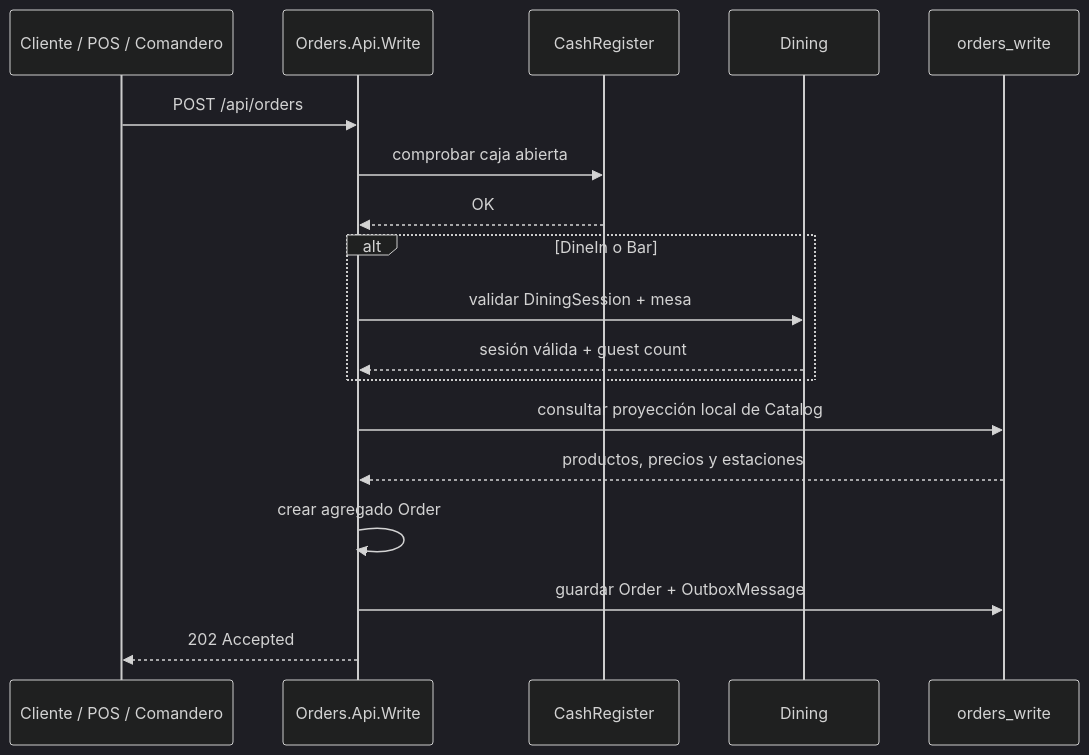
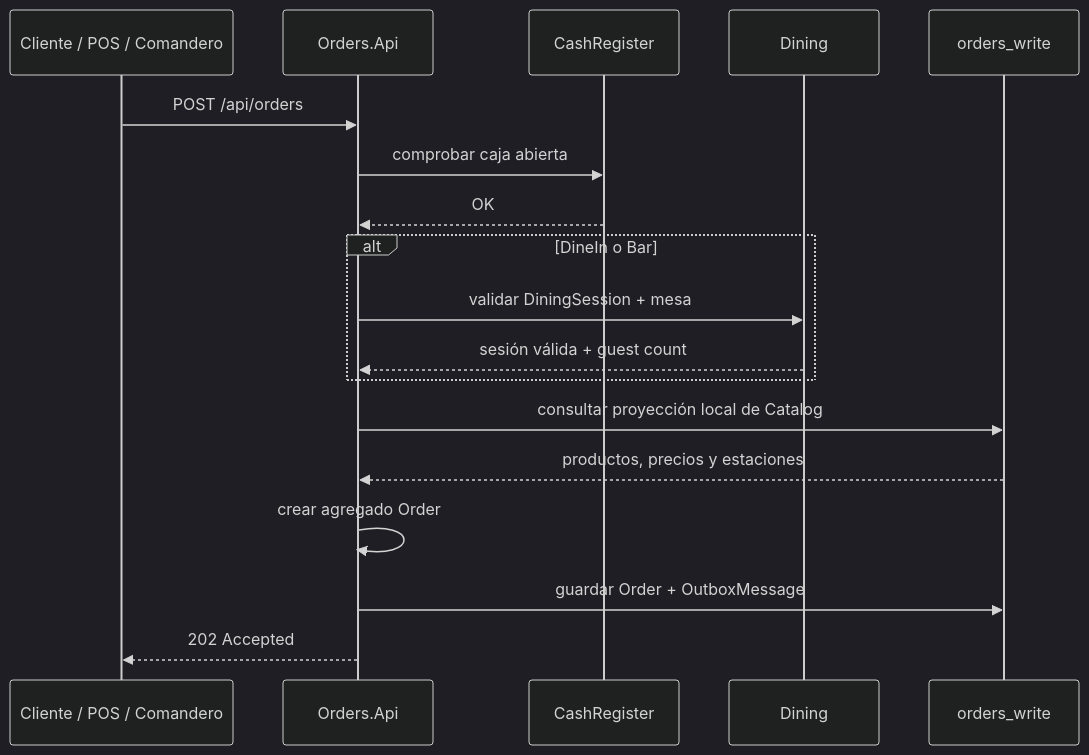
One commit to sergioocode/Restaurantes changed the third of 7 diagrams in docs/Orders.README.md. Above: the diagram before and after it, drawn with Mermaid (dark theme). The commit also changed other lines of this file and 11 other files, not shown here.

````diff
--- a/docs/Orders.README.md
+++ b/docs/Orders.README.md
@@ -198,23 +196,23 @@
 ```mermaid
 sequenceDiagram
     participant Client as Cliente / POS / Comandero
-    participant API as Orders.Api.Write
+    participant API as Orders.Api
     participant Cash as CashRegister
     participant Dining as Dining
     participant DB as orders_write
 
     Client->>API: POST /api/orders
     API->>Cash: comprobar caja abierta
     Cash-->>API: OK
 
     alt DineIn o Bar
         API->>Dining: validar DiningSession + mesa
         Dining-->>API: sesión válida + guest count
     end
 
     API->>DB: consultar proyección local de Catalog
     DB-->>API: productos, precios y estaciones
     API->>API: crear agregado Order
     API->>DB: guardar Order + OutboxMessage
     API-->>Client: 202 Accepted
 ```
````
